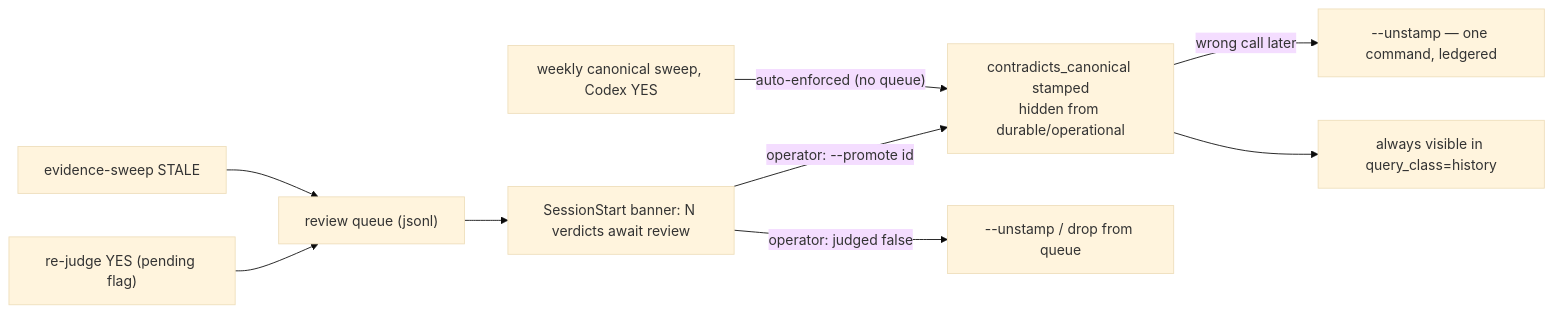
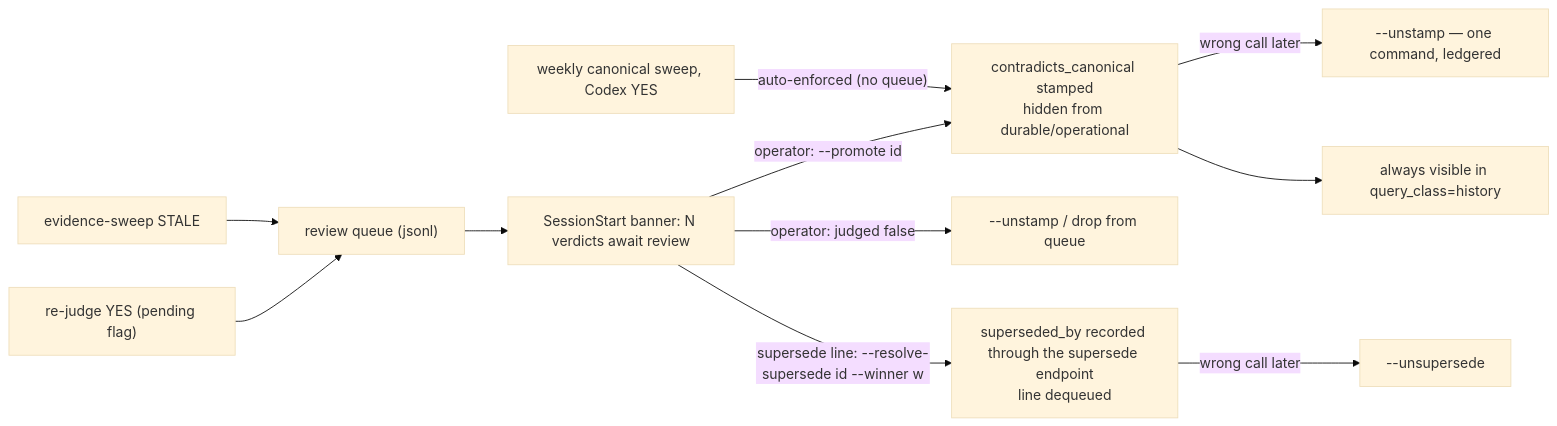
Before and after one commit to dmmdea/agentic-memory-stack-for-claude-code: the diagram in docs/systems/reconciliation.md, drawn with Mermaid (base theme). The commit also changed other lines of this file and 8 other files, not shown here.

````diff
--- a/docs/systems/reconciliation.md
+++ b/docs/systems/reconciliation.md
@@ -60,11 +60,13 @@
 ```mermaid
 flowchart LR
     RJ["re-judge YES (pending flag)"] --> Q["review queue (jsonl)"]
     EV["evidence-sweep STALE"] --> Q
     Q --> B["SessionStart banner: N verdicts await review"]
     B -->|"operator: --promote id"| E["contradicts_canonical stamped<br/>hidden from durable/operational"]
     B -->|"operator: judged false"| U["--unstamp / drop from queue"]
+    B -->|"supersede line: --resolve-supersede id --winner w"| SU["superseded_by recorded through the supersede endpoint<br/>line dequeued"]
+    SU -->|"wrong call later"| U3["--unsupersede"]
     W["weekly canonical sweep, Codex YES"] -->|"auto-enforced (no queue)"| E
     E -->|"wrong call later"| U2["--unstamp — one command, ledgered"]
     E --> H["always visible in query_class=history"]
 ```
````
